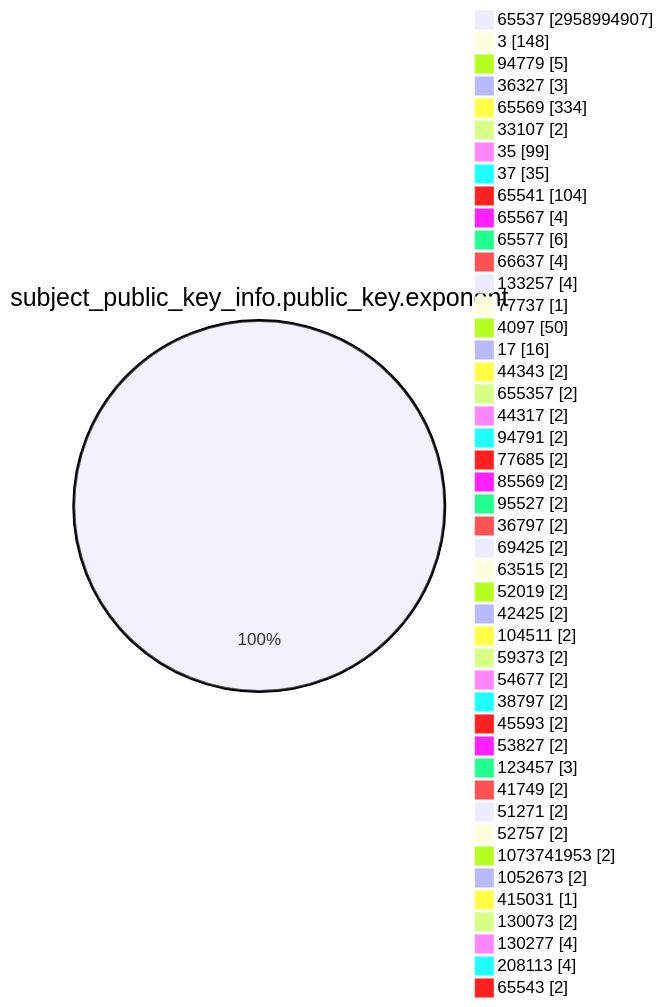
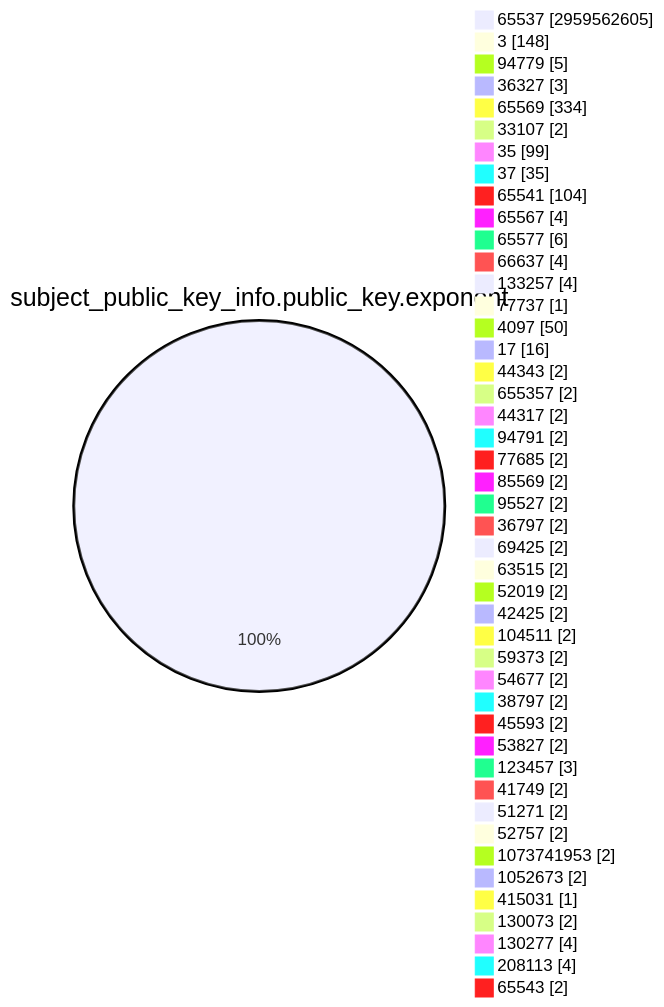
The fourth of 15 diagrams in TOTAL/README.md (christiankrug/ctmonitor_visualization), drawn with Mermaid before and after one commit. The commit also changed other lines of this file, not shown here.

````diff
--- a/TOTAL/README.md
+++ b/TOTAL/README.md
@@ -1471,49 +1471,49 @@
 ```mermaid
 pie showData
 title subject_public_key_info.public_key.exponent
-"65537" :2958994907
+"65537" :2959562605
 "3" :148
 "94779" :5
 "36327" :3
 "65569" :334
 "33107" :2
 "35" :99
 "37" :35
 "65541" :104
 "65567" :4
 "65577" :6
 "66637" :4
 "133257" :4
 "77737" :1
 "4097" :50
 "17" :16
 "44343" :2
 "655357" :2
 "44317" :2
 "94791" :2
 "77685" :2
 "85569" :2
 "95527" :2
 "36797" :2
 "69425" :2
 "63515" :2
 "52019" :2
 "42425" :2
 "104511" :2
 "59373" :2
 "54677" :2
 "38797" :2
 "45593" :2
 "53827" :2
 "123457" :3
 "41749" :2
 "51271" :2
 "52757" :2
 "1073741953" :2
 "1052673" :2
 "415031" :1
 "130073" :2
 "130277" :4
 "208113" :4
 "65543" :2
 ```
````
